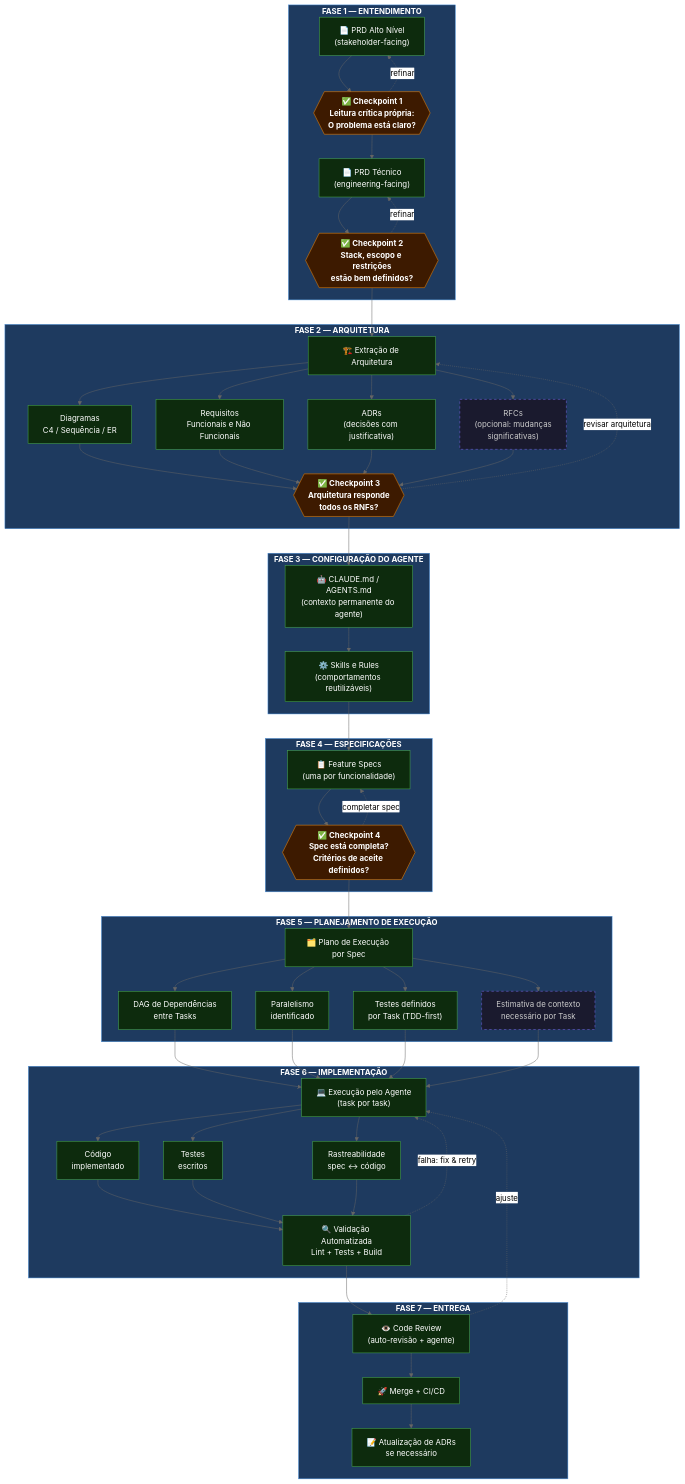
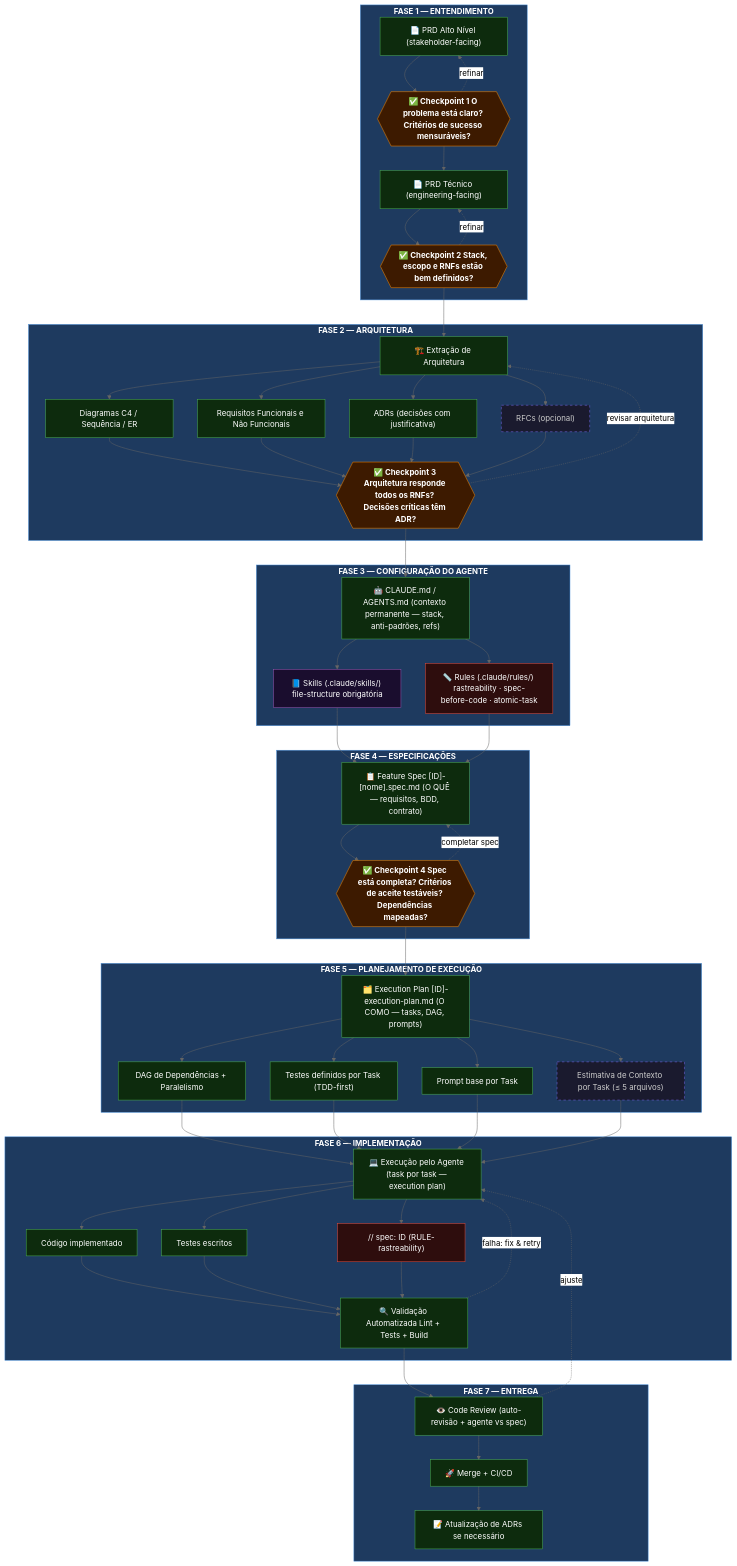
Before and after one commit to silviobassi/AI_SOFTWARE_DEVELOPMENT_FLOW: the first of 2 diagrams in docs/FLOW.md, drawn with Mermaid (neutral theme). The commit also changed other lines of this file and 9 other files, not shown here.

````diff
--- a/docs/FLOW.md
+++ b/docs/FLOW.md
@@ -13,69 +13,72 @@
     classDef artifact fill:#0d2b0d,stroke:#4caf50,color:#ffffff
     classDef gate fill:#3d1a00,stroke:#ff8c00,color:#ffffff,font-weight:bold
     classDef optional fill:#1a1a2e,stroke:#7b68ee,color:#cccccc,stroke-dasharray:5 5
-    classDef feedback stroke:#e74c3c,stroke-width:2px,stroke-dasharray:4 4
+    classDef skill fill:#1a0d2e,stroke:#9b59b6,color:#ffffff
+    classDef rule fill:#2e0d0d,stroke:#e74c3c,color:#ffffff
 
     %% FASE 1
     subgraph F1["FASE 1 — ENTENDIMENTO"]
-        A["📄 PRD Alto Nível\n(stakeholder-facing)"]
-        G1{{"✅ Checkpoint 1\nLeitura crítica própria:\nO problema está claro?"}}
-        B["📄 PRD Técnico\n(engineering-facing)"]
-        G2{{"✅ Checkpoint 2\nStack, escopo e restrições\nestão bem definidos?"}}
+        A["📄 PRD Alto Nível (stakeholder-facing)"]
+        G1{{"✅ Checkpoint 1 O problema está claro? Critérios de sucesso mensuráveis?"}}
+        B["📄 PRD Técnico (engineering-facing)"]
+        G2{{"✅ Checkpoint 2 Stack, escopo e RNFs estão bem definidos?"}}
     end
 
     %% FASE 2
     subgraph F2["FASE 2 — ARQUITETURA"]
         C["🏗️ Extração de Arquitetura"]
-        C1["Diagramas\nC4 / Sequência / ER"]
-        C2["Requisitos\nFuncionais e Não Funcionais"]
-        C3["ADRs\n(decisões com justificativa)"]
-        C4["RFCs\n(opcional: mudanças\nsignificativas)"]
-        G3{{"✅ Checkpoint 3\nArquitetura responde\ntodos os RNFs?"}}
+        C1["Diagramas C4 / Sequência / ER"]
+        C2["Requisitos Funcionais e Não Funcionais"]
+        C3["ADRs (decisões com justificativa)"]
+        C4["RFCs (opcional)"]
+        G3{{"✅ Checkpoint 3 Arquitetura responde todos os RNFs? Decisões críticas têm ADR?"}}
     end
 
     %% FASE 3
     subgraph F3["FASE 3 — CONFIGURAÇÃO DO AGENTE"]
-        D["🤖 CLAUDE.md / AGENTS.md\n(contexto permanente do agente)"]
-        E["⚙️ Skills e Rules\n(comportamentos reutilizáveis)"]
+        D["🤖 CLAUDE.md / AGENTS.md (contexto permanente — stack, anti-padrões, refs)"]
+        E1["📘 Skills (.claude/skills/) file-structure obrigatória"]
+        E2["📏 Rules (.claude/rules/) rastreability · spec-before-code · atomic-task"]
     end
 
     %% FASE 4
     subgraph F4["FASE 4 — ESPECIFICAÇÕES"]
-        F["📋 Feature Specs\n(uma por funcionalidade)"]
-        G4{{"✅ Checkpoint 4\nSpec está completa?\nCritérios de aceite definidos?"}}
+        F["📋 Feature Spec [ID]-[nome].spec.md (O QUÊ — requisitos, BDD, contrato)"]
+        G4{{"✅ Checkpoint 4 Spec está completa? Critérios de aceite testáveis? Dependências mapeadas?"}}
     end
 
     %% FASE 5
     subgraph F5["FASE 5 — PLANEJAMENTO DE EXECUÇÃO"]
-        H["🗂️ Plano de Execução por Spec"]
-        H1["DAG de Dependências\nentre Tasks"]
-        H2["Paralelismo\nidentificado"]
-        H3["Testes definidos\npor Task (TDD-first)"]
-        H4["Estimativa de contexto\nnecessário por Task"]
+        H["🗂️ Execution Plan [ID]-execution-plan.md (O COMO — tasks, DAG, prompts)"]
+        H1["DAG de Dependências + Paralelismo"]
+        H2["Testes definidos por Task (TDD-first)"]
+        H3["Prompt base por Task"]
+        H4["Estimativa de Contexto por Task (≤ 5 arquivos)"]
     end
 
     %% FASE 6
     subgraph F6["FASE 6 — IMPLEMENTAÇÃO"]
-        I["💻 Execução pelo Agente\n(task por task)"]
-        I1["Código\nimplementado"]
-        I2["Testes\nescritos"]
-        I3["Rastreabilidade\nspec ↔ código"]
-        J["🔍 Validação Automatizada\nLint + Tests + Build"]
+        I["💻 Execução pelo Agente (task por task — execution plan)"]
+        I1["Código implementado"]
+        I2["Testes escritos"]
+        I3["// spec: ID (RULE-rastreability)"]
+        J["🔍 Validação Automatizada Lint + Tests + Build"]
     end
 
     %% FASE 7
     subgraph F7["FASE 7 — ENTREGA"]
-        K["👁️ Code Review\n(auto-revisão + agente)"]
+        K["👁️ Code Review (auto-revisão + agente vs spec)"]
         L["🚀 Merge + CI/CD"]
-        M["📝 Atualização de ADRs\nse necessário"]
+        M["📝 Atualização de ADRs se necessário"]
     end
 
     %% CONEXÕES PRINCIPAIS
     A --> G1 --> B --> G2
     G2 --> C --> C1 & C2 & C3 & C4
     C1 & C2 & C3 & C4 --> G3
-    G3 --> D --> E
-    E --> F --> G4
+    G3 --> D
+    D --> E1 & E2
+    E1 & E2 --> F --> G4
     G4 --> H --> H1 & H2 & H3 & H4
     H1 & H2 & H3 & H4 --> I
     I --> I1 & I2 & I3
@@ -92,7 +95,9 @@
 
     %% ESTILOS
     class F1,F2,F3,F4,F5,F6,F7 phase
-    class A,B,C,C1,C2,C3,D,E,F,H,H1,H2,H3,I,I1,I2,I3,J,K,L,M artifact
+    class A,B,C,C1,C2,C3,D,F,H,H1,H2,H3,I,I1,I2,J,K,L,M artifact
     class G1,G2,G3,G4 gate
     class C4,H4 optional
+    class E1 skill
+    class E2,I3 rule
 ```
````
